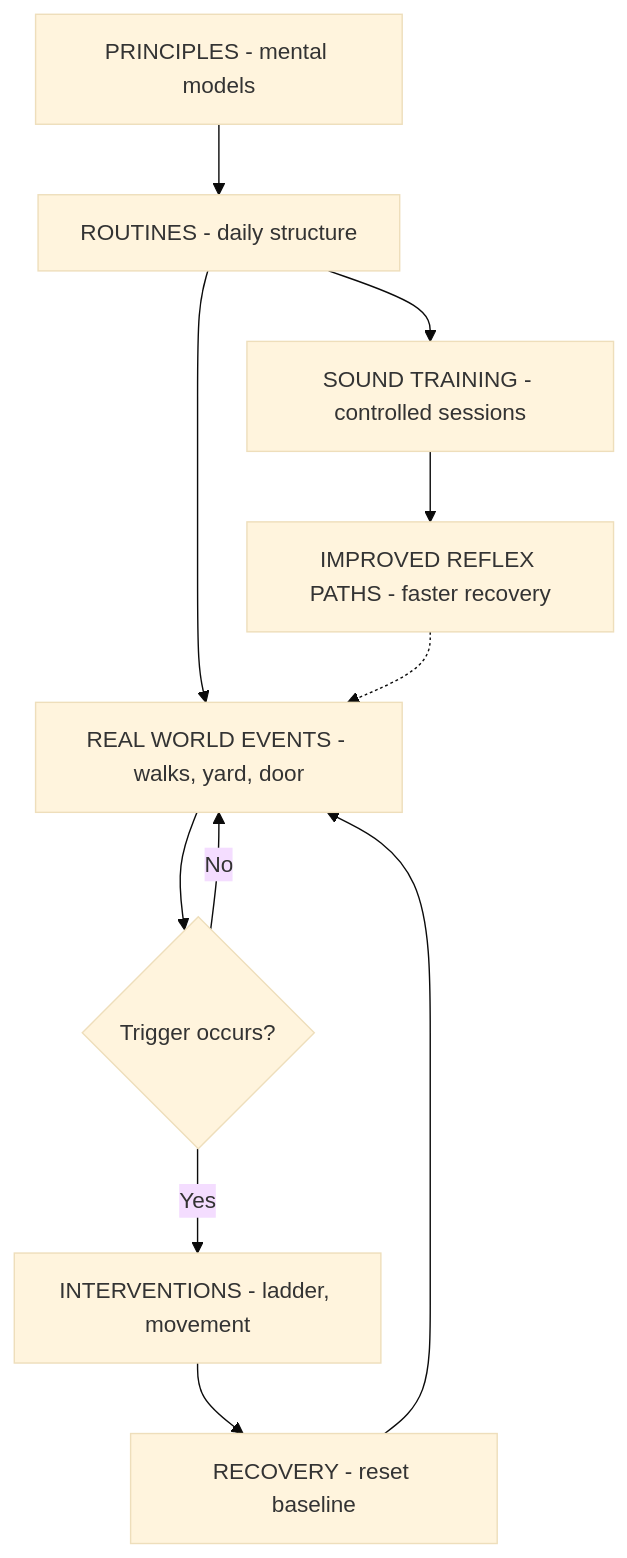
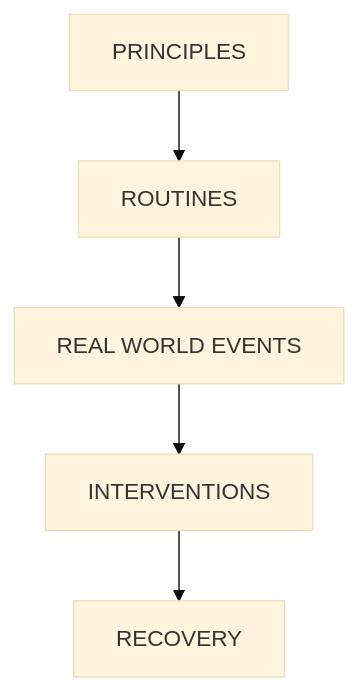
The diagram in system_flow_overview.md (manalotoj/Mako), drawn with Mermaid (base theme) before and after one commit.

Commit message:
Simplify flowchart by removing redundant nodes

````diff
--- a/system_flow_overview.md
+++ b/system_flow_overview.md
@@ -1,38 +1,13 @@
 ```mermaid
 flowchart TD
-  P[PRINCIPLES - mental models]
-  R[ROUTINES - daily structure]
-
-  ST[SOUND TRAINING - controlled sessions]
-  IR[IMPROVED REFLEX PATHS - faster recovery]
-
-  RW[REAL WORLD EVENTS - walks, yard, door]
-  T{Trigger occurs?}
-
-  INT[INTERVENTIONS - ladder, movement]
-  REC[RECOVERY - reset baseline]
+  P[PRINCIPLES]
+  R[ROUTINES]
+  RW[REAL WORLD EVENTS]
+  INT[INTERVENTIONS]
+  REC[RECOVERY]
 
   P --> R
-
-  %% Routines include both sound training and real-world activities
-  R --> ST
   R --> RW
-
-  %% Offline training improves reflexes
-  ST --> IR
-
-  %% Improved reflexes modify real-world events (fewer/less intense triggers)
-  IR -.-> RW
-
-  %% Real-world events conditionally require interventions
-  RW --> T
-  T -- Yes --> INT
-  T -- No --> RW
-
-  %% If intervention happens, recovery follows
+  RW --> INT
   INT --> REC
-
-  %% Recovery returns to real life / routines
-  REC --> RW
-
 ```
````
